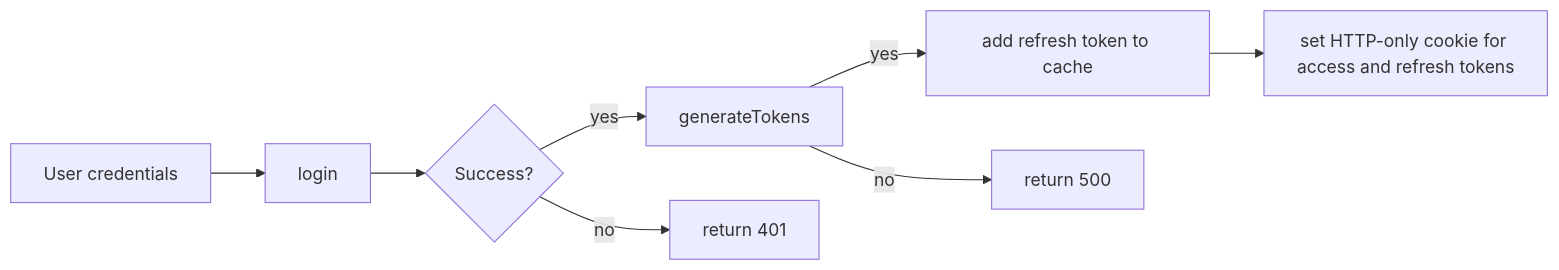
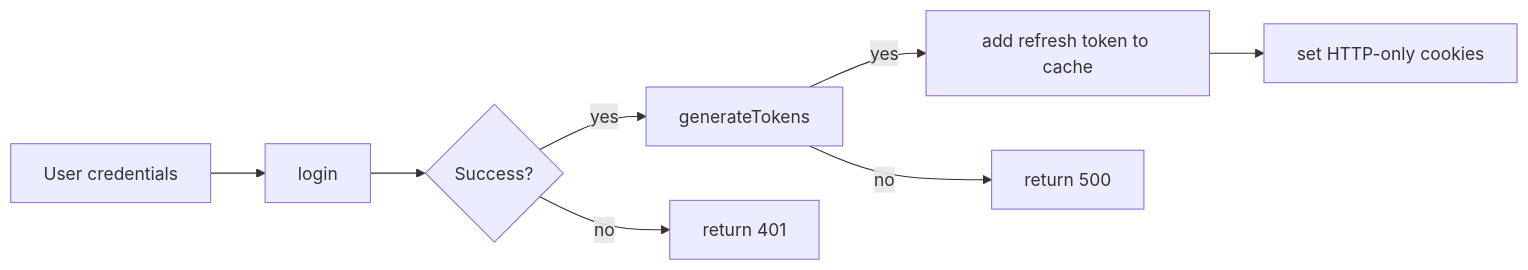
One commit to CDLUC3/dmsp_backend_prototype changed the second of 5 diagrams in README.md. Above: the diagram before and after it, drawn with Mermaid. The commit also changed other lines of this file and 20 other files, not shown here.

````diff
--- a/README.md
+++ b/README.md
@@ -88,10 +88,10 @@
 ```mermaid
 flowchart LR;
   a[User credentials]-->b[login];
   b-->c{Success?};
   c-->|yes| d[generateTokens]
   c-->|no| e[return 401]
   d-->|yes| f[add refresh token to cache]
-  f-->g[set HTTP-only cookie for access and refresh tokens]
+  f-->g[set HTTP-only cookies]
   d-->|no| h[return 500]
 ```
````
